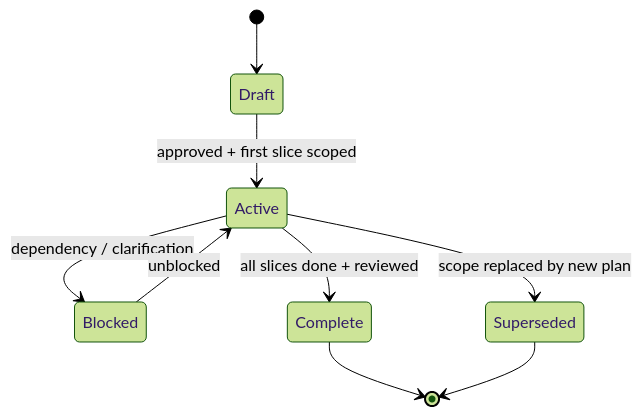
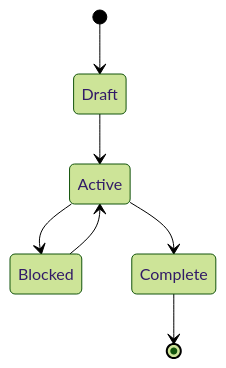
One commit to jnPiyush/AgentX changed the second of 2 diagrams in .github/templates/EXEC-PLAN-TEMPLATE.md. Above: the diagram before and after it, drawn with Mermaid (forest theme). The commit also changed other lines of this file and 339 other files, not shown here.

````diff
--- a/.github/templates/EXEC-PLAN-TEMPLATE.md
+++ b/.github/templates/EXEC-PLAN-TEMPLATE.md
@@ -146,11 +97,9 @@
 ```mermaid
 stateDiagram-v2
     [*] --> Draft
-    Draft --> Active: approved + first slice scoped
-    Active --> Blocked: dependency / clarification
-    Blocked --> Active: unblocked
-    Active --> Complete: all slices done + reviewed
-    Active --> Superseded: scope replaced by new plan
+    Draft --> Active
+    Active --> Blocked
+    Blocked --> Active
+    Active --> Complete
     Complete --> [*]
-    Superseded --> [*]
 ```
````
